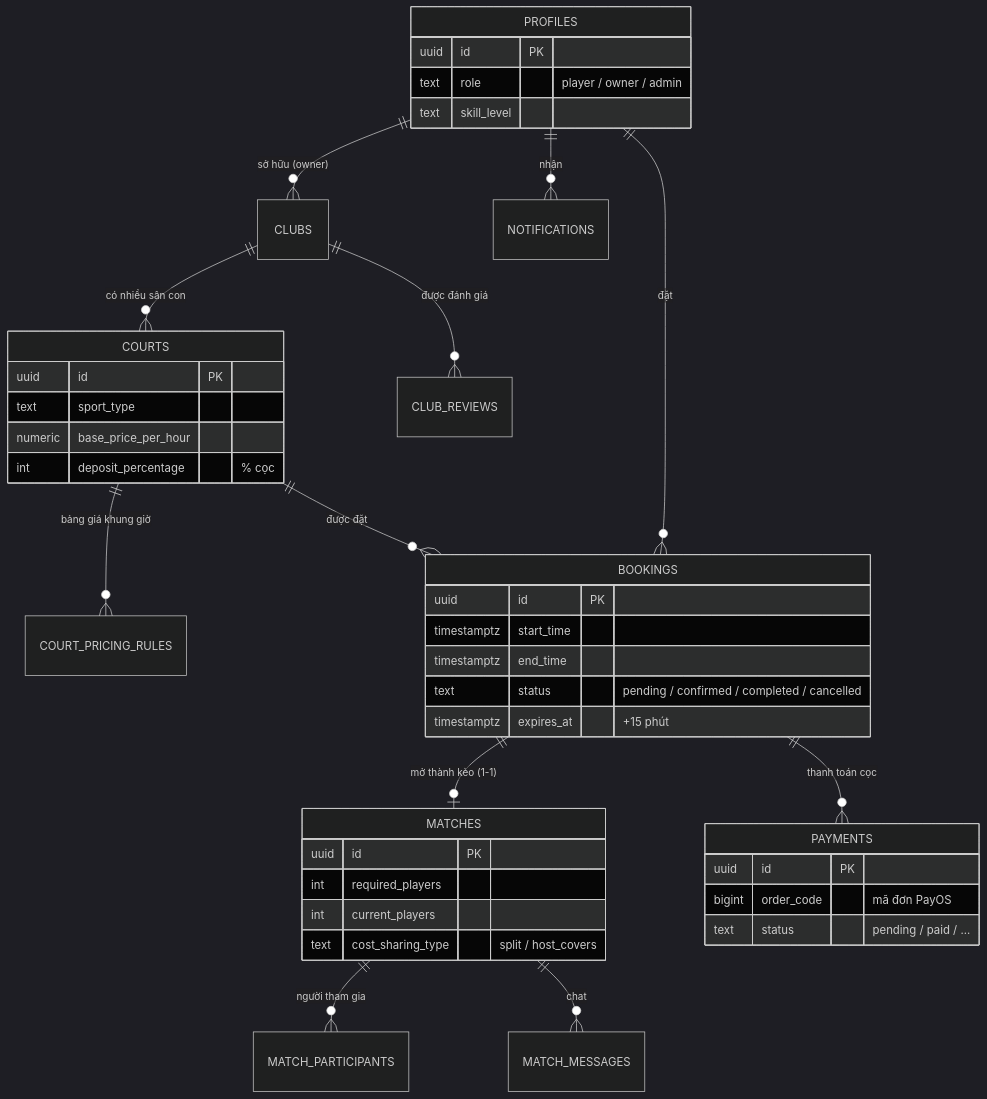
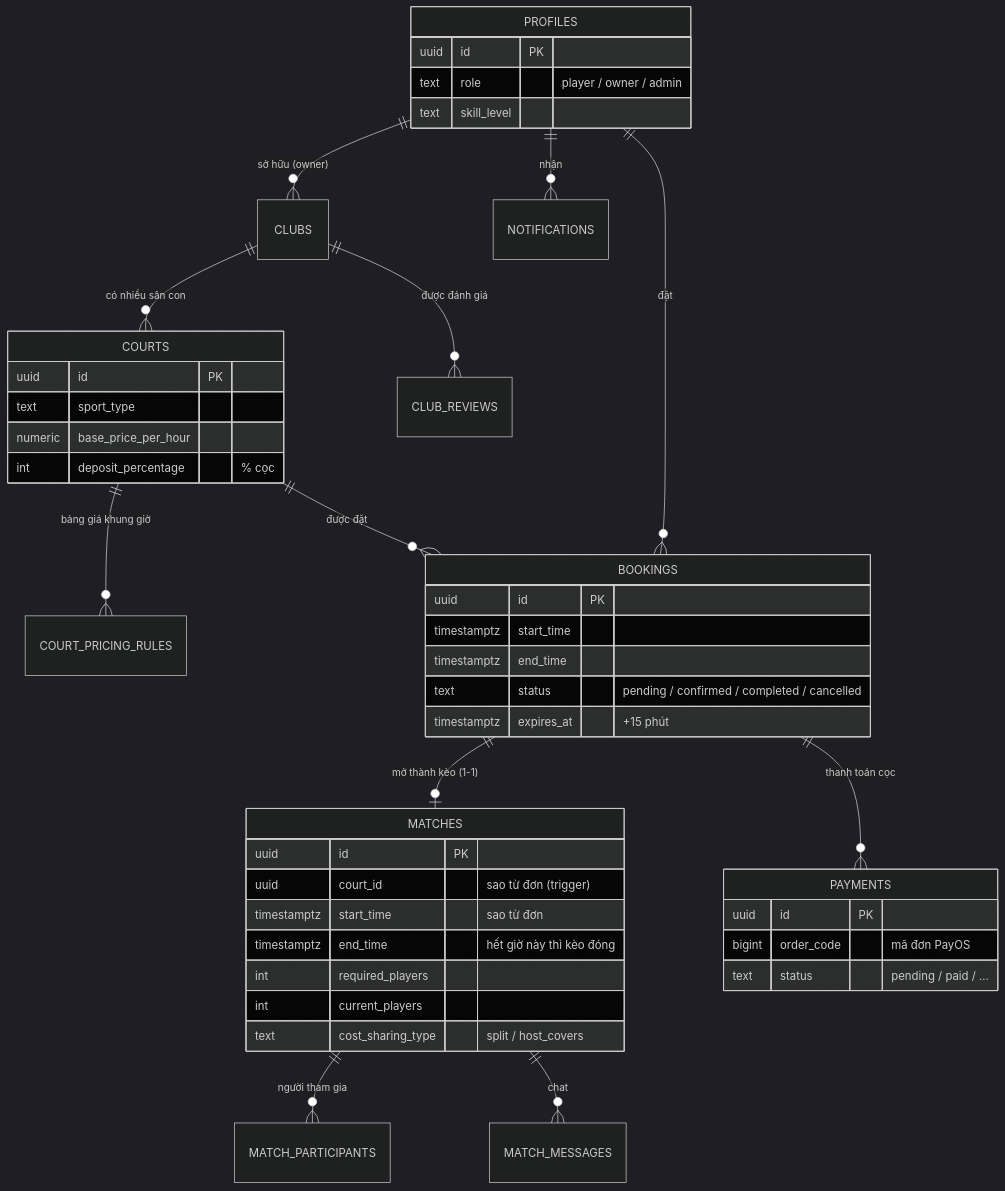
The eighth of 8 diagrams in README.md (tuan2304/sportarena), drawn with Mermaid (dark theme) before and after one commit. The commit also changed other lines of this file and 2 other files, not shown here.

````diff
--- a/README.md
+++ b/README.md
@@ -323,44 +336,47 @@
 ```mermaid
 erDiagram
     PROFILES ||--o{ CLUBS : "sở hữu (owner)"
     CLUBS ||--o{ COURTS : "có nhiều sân con"
     COURTS ||--o{ COURT_PRICING_RULES : "bảng giá khung giờ"
     COURTS ||--o{ BOOKINGS : "được đặt"
     PROFILES ||--o{ BOOKINGS : "đặt"
     BOOKINGS ||--o| MATCHES : "mở thành kèo (1-1)"
     BOOKINGS ||--o{ PAYMENTS : "thanh toán cọc"
     MATCHES ||--o{ MATCH_PARTICIPANTS : "người tham gia"
     MATCHES ||--o{ MATCH_MESSAGES : "chat"
     CLUBS ||--o{ CLUB_REVIEWS : "được đánh giá"
     PROFILES ||--o{ NOTIFICATIONS : "nhận"
 
     PROFILES {
         uuid id PK
         text role "player / owner / admin"
         text skill_level
     }
     COURTS {
         uuid id PK
         text sport_type
         numeric base_price_per_hour
         int deposit_percentage "% cọc"
     }
     BOOKINGS {
         uuid id PK
         timestamptz start_time
         timestamptz end_time
         text status "pending / confirmed / completed / cancelled"
         timestamptz expires_at "+15 phút"
     }
     MATCHES {
         uuid id PK
+        uuid court_id "sao từ đơn (trigger)"
+        timestamptz start_time "sao từ đơn"
+        timestamptz end_time "hết giờ này thì kèo đóng"
         int required_players
         int current_players
         text cost_sharing_type "split / host_covers"
     }
     PAYMENTS {
         uuid id PK
         bigint order_code "mã đơn PayOS"
         text status "pending / paid / ..."
     }
 ```
````
